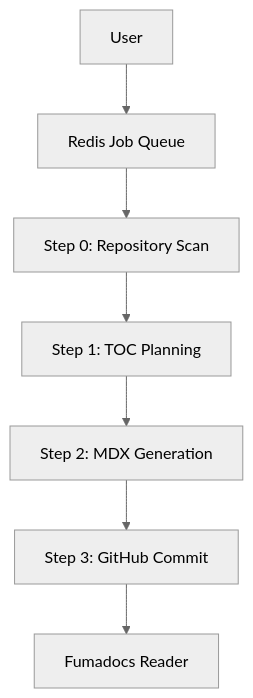
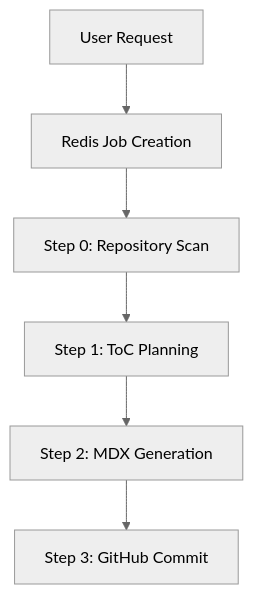
Before and after one commit to shinymacktest/gitdex-docs: the diagram in docs/shinymack/gitdex/1_introduction.mdx, drawn with Mermaid (neutral theme). The commit also changed other lines of this file and 12 other files, not shown here.

````diff
--- a/docs/shinymack/gitdex/1_introduction.mdx
+++ b/docs/shinymack/gitdex/1_introduction.mdx
@@ -23,9 +25,8 @@
 ```mermaid
 graph TD
-    A["User"] --> B["Redis Job Queue"]
+    A["User Request"] --> B["Redis Job Creation"]
     B --> C["Step 0: Repository Scan"]
-    C --> D["Step 1: TOC Planning"]
+    C --> D["Step 1: ToC Planning"]
     D --> E["Step 2: MDX Generation"]
     E --> F["Step 3: GitHub Commit"]
-    F --> G["Fumadocs Reader"]
 ```
````
